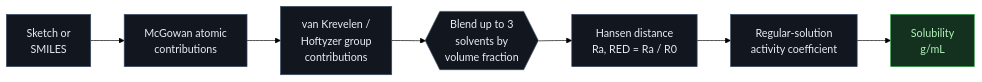
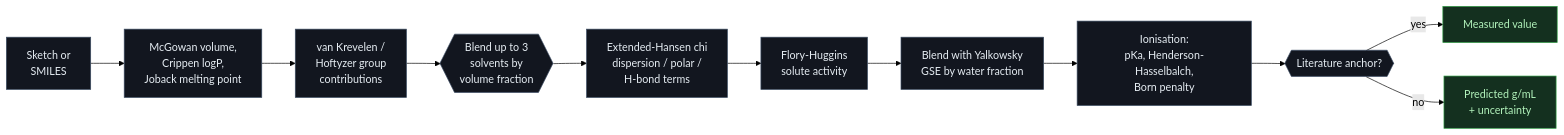
One commit to CharlesEdmonds/chem-cad changed the fourth of 4 diagrams in README.md. Above: the diagram before and after it, drawn with Mermaid (forest theme). The commit also changed other lines of this file, not shown here.

First line of the commit message:
Expose the accuracy/interactivity trade, layer the liquids, document the architecture

````diff
--- a/README.md
+++ b/README.md
@@ -170,14 +199,18 @@
 ```mermaid
 flowchart LR
-    struct["Sketch or<br/>SMILES"] --> desc["McGowan atomic<br/>contributions"]
+    struct["Sketch or<br/>SMILES"] --> desc["McGowan volume,<br/>Crippen logP,<br/>Joback melting point"]
     desc --> hansen["van Krevelen /<br/>Hoftyzer group<br/>contributions"]
     hansen --> blend{{"Blend up to 3<br/>solvents by<br/>volume fraction"}}
-    blend --> ra["Hansen distance<br/>Ra, RED = Ra / R0"]
-    ra --> gamma["Regular-solution<br/>activity coefficient"]
-    gamma --> gml["Solubility<br/>g/mL"]
+    blend --> chi["Extended-Hansen chi<br/>dispersion / polar /<br/>H-bond terms"]
+    chi --> fh["Flory-Huggins<br/>solute activity"]
+    fh --> gse["Blend with Yalkowsky<br/>GSE by water fraction"]
+    gse --> ion["Ionisation:<br/>pKa, Henderson-Hasselbalch,<br/>Born penalty"]
+    ion --> anchor{{"Literature anchor?"}}
+    anchor -->|yes| meas["Measured value"]
+    anchor -->|no| gml["Predicted g/mL<br/>+ uncertainty"]
 
     classDef n fill:#12161f,stroke:#3b4c63,color:#e6edf3
     classDef ok fill:#14301f,stroke:#2f9e44,color:#b2f2bb
-    class struct,desc,hansen,blend,ra,gamma n
-    class gml ok
+    class struct,desc,hansen,blend,chi,fh,gse,ion,anchor n
+    class gml,meas ok
 ```
````
